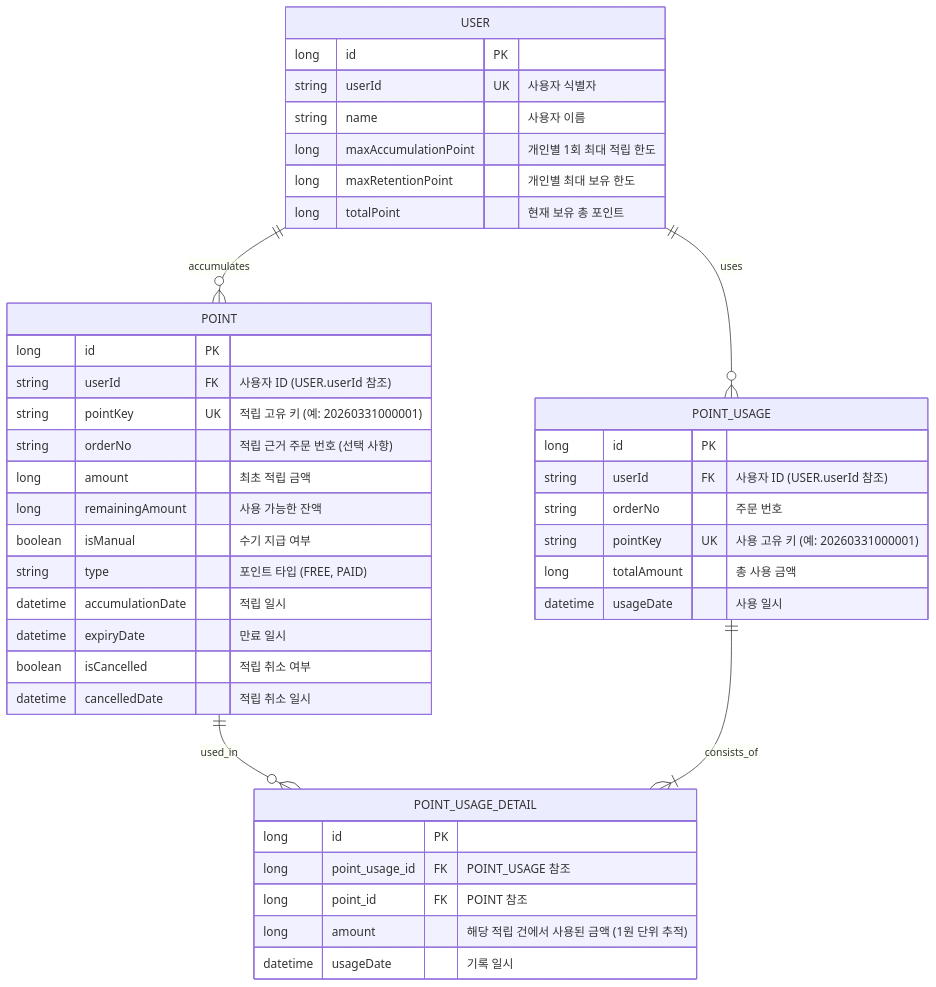
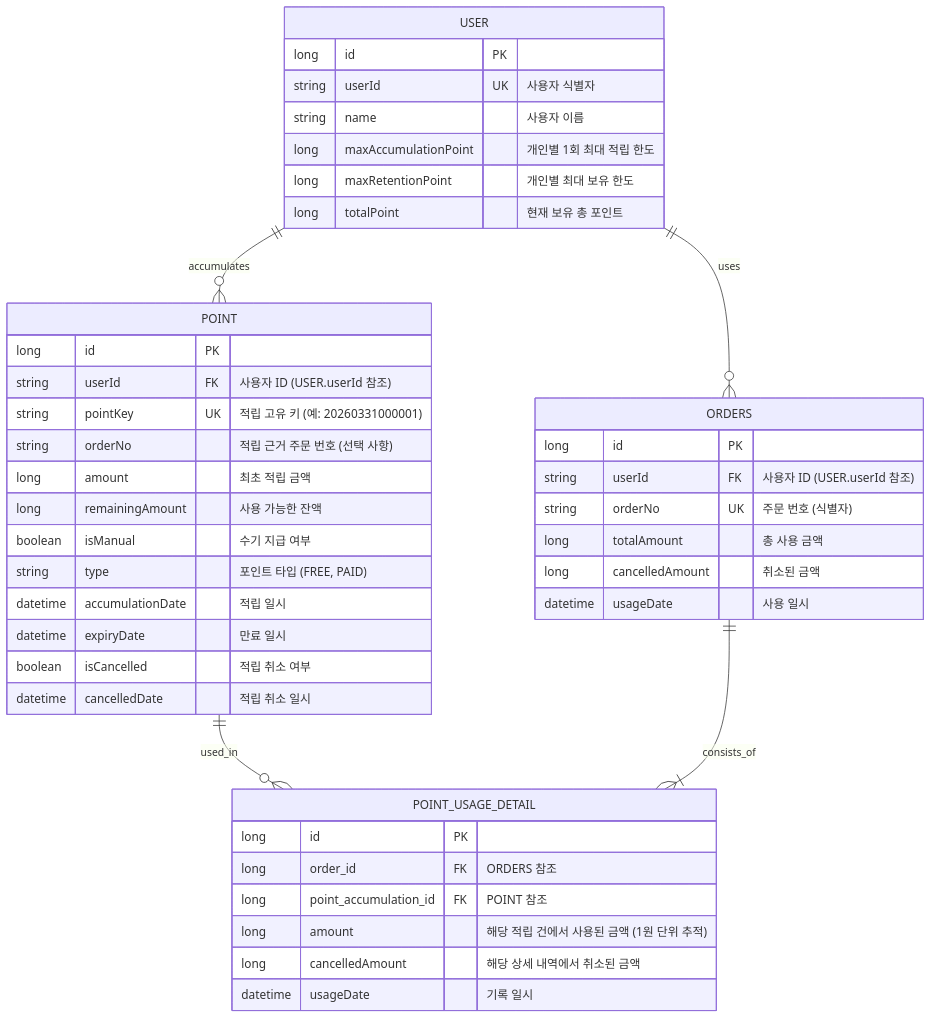
One commit to muzzaiwork/point changed the diagram in docs/데이터베이스 설계.md. Above: the diagram before and after it, drawn with Mermaid. The commit also changed other lines of this file and 13 other files, not shown here.

````diff
--- a/docs/데이터베이스 설계.md
+++ b/docs/데이터베이스 설계.md
@@ -5,48 +5,49 @@
 ```mermaid
 erDiagram
     USER ||--o{ POINT : "accumulates"
-    USER ||--o{ POINT_USAGE : "uses"
+    USER ||--o{ ORDERS : "uses"
     POINT ||--o{ POINT_USAGE_DETAIL : "used_in"
-    POINT_USAGE ||--|{ POINT_USAGE_DETAIL : "consists_of"
+    ORDERS ||--|{ POINT_USAGE_DETAIL : "consists_of"
 
     USER {
         long id PK
         string userId UK "사용자 식별자"
         string name "사용자 이름"
         long maxAccumulationPoint "개인별 1회 최대 적립 한도"
         long maxRetentionPoint "개인별 최대 보유 한도"
         long totalPoint "현재 보유 총 포인트"
     }
 
     POINT {
         long id PK
         string userId FK "사용자 ID (USER.userId 참조)"
         string pointKey UK "적립 고유 키 (예: 20260331000001)"
         string orderNo "적립 근거 주문 번호 (선택 사항)"
         long amount "최초 적립 금액"
         long remainingAmount "사용 가능한 잔액"
         boolean isManual "수기 지급 여부"
         string type "포인트 타입 (FREE, PAID)"
         datetime accumulationDate "적립 일시"
         datetime expiryDate "만료 일시"
         boolean isCancelled "적립 취소 여부"
         datetime cancelledDate "적립 취소 일시"
     }
 
-    POINT_USAGE {
+    ORDERS {
         long id PK
         string userId FK "사용자 ID (USER.userId 참조)"
-        string orderNo "주문 번호"
-        string pointKey UK "사용 고유 키 (예: 20260331000001)"
+        string orderNo UK "주문 번호 (식별자)"
         long totalAmount "총 사용 금액"
+        long cancelledAmount "취소된 금액"
         datetime usageDate "사용 일시"
     }
 
     POINT_USAGE_DETAIL {
         long id PK
-        long point_usage_id FK "POINT_USAGE 참조"
-        long point_id FK "POINT 참조"
+        long order_id FK "ORDERS 참조"
+        long point_accumulation_id FK "POINT 참조"
         long amount "해당 적립 건에서 사용된 금액 (1원 단위 추적)"
+        long cancelledAmount "해당 상세 내역에서 취소된 금액"
         datetime usageDate "기록 일시"
     }
 ```
````
